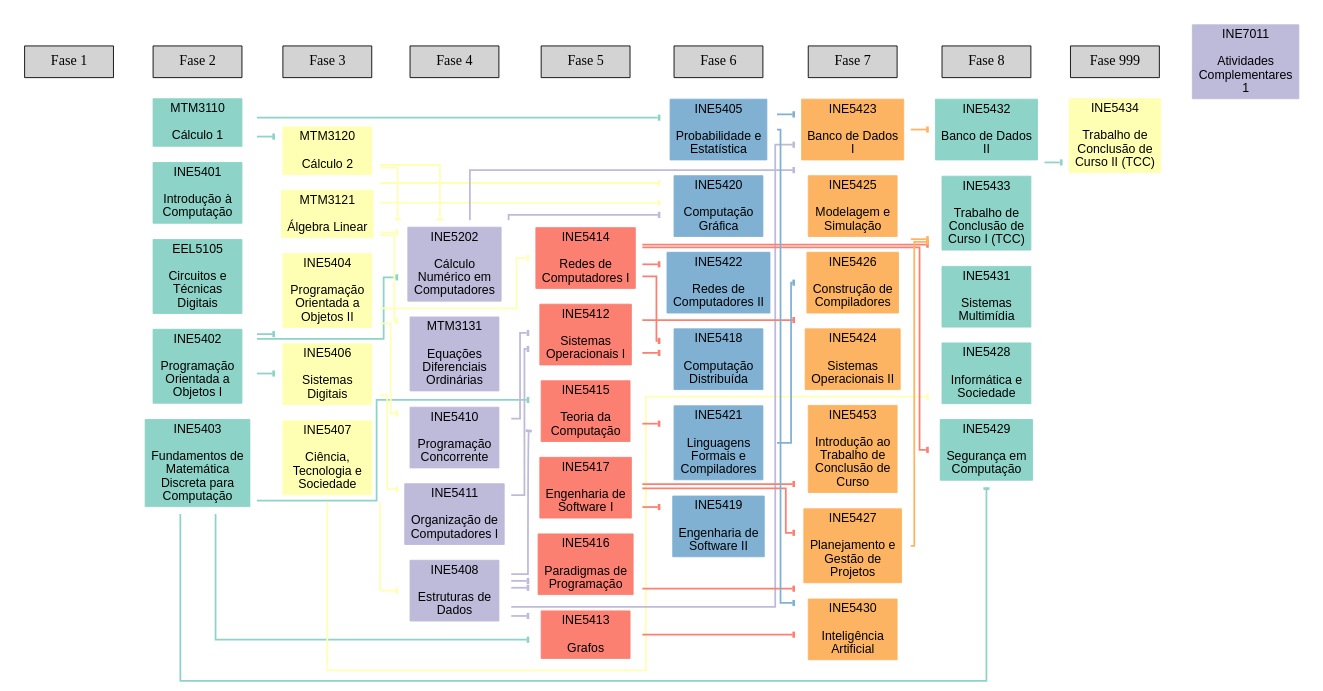
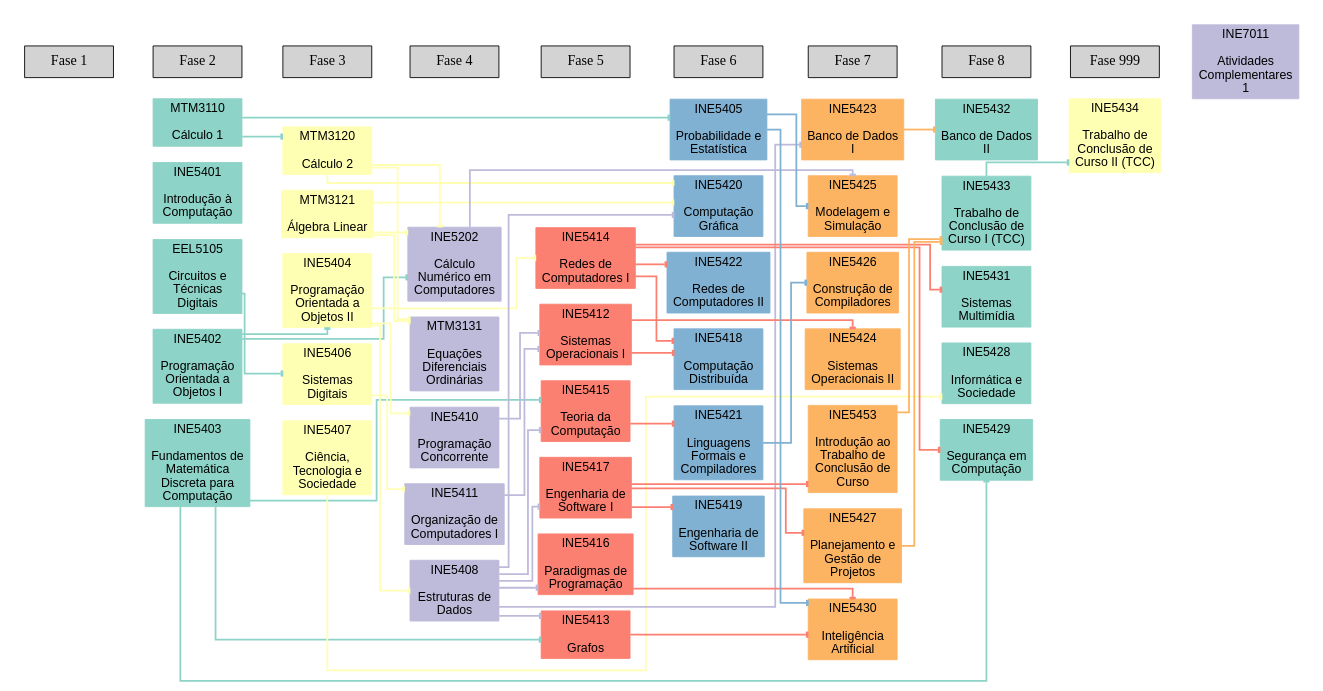
One commit to matheusnovx/curriculum_graph_generator changed the diagram in graph-gen/grafos_gerados/grafo_curriculo.dot. Above: the diagram before and after it, drawn with Graphviz. The commit also changed 2 other files, not shown here.

Commit message:
Refactor graph connection logic in GraphGenerator

```diff
--- a/graph-gen/grafos_gerados/grafo_curriculo.dot
+++ b/graph-gen/grafos_gerados/grafo_curriculo.dot
@@ -250,51 +250,51 @@
 	"Fase 7" -> INE5428 [lhead=cluster_7 style=invis weight=1000]
 	"Fase 8" -> INE5434 [lhead=cluster_8 style=invis weight=1000]
 	"Fase 999" -> INE7011 [lhead=cluster_999 style=invis weight=1000]
-	INE5402 -> INE5404 [color=1 lhead=cluster_2 ltail=cluster_1]
-	EEL5105 -> INE5406 [color=1 lhead=cluster_2 ltail=cluster_1]
-	MTM3110 -> MTM3120 [color=1 lhead=cluster_2 ltail=cluster_1]
-	INE5402 -> INE5202 [color=1 lhead=cluster_3 ltail=cluster_1]
-	MTM3120 -> INE5202 [color=2 lhead=cluster_3 ltail=cluster_2]
-	MTM3121 -> INE5202 [color=2 lhead=cluster_3 ltail=cluster_2]
-	INE5404 -> INE5408 [color=2 lhead=cluster_3 ltail=cluster_2]
-	INE5404 -> INE5410 [color=2 lhead=cluster_3 ltail=cluster_2]
-	INE5406 -> INE5411 [color=2 lhead=cluster_3 ltail=cluster_2]
-	MTM3120 -> MTM3131 [color=2 lhead=cluster_3 ltail=cluster_2]
-	MTM3121 -> MTM3131 [color=2 lhead=cluster_3 ltail=cluster_2]
-	INE5410 -> INE5412 [color=3 lhead=cluster_4 ltail=cluster_3]
-	INE5411 -> INE5412 [color=3 lhead=cluster_4 ltail=cluster_3]
-	INE5403 -> INE5413 [color=1 lhead=cluster_4 ltail=cluster_1]
-	INE5408 -> INE5413 [color=3 lhead=cluster_4 ltail=cluster_3]
-	INE5404 -> INE5414 [color=2 lhead=cluster_4 ltail=cluster_2]
-	INE5403 -> INE5415 [color=1 lhead=cluster_4 ltail=cluster_1]
-	INE5408 -> INE5415 [color=3 lhead=cluster_4 ltail=cluster_3]
-	INE5408 -> INE5416 [color=3 lhead=cluster_4 ltail=cluster_3]
-	INE5408 -> INE5417 [color=3 lhead=cluster_4 ltail=cluster_3]
-	MTM3110 -> INE5405 [color=1 lhead=cluster_5 ltail=cluster_1]
-	INE5412 -> INE5418 [color=4 lhead=cluster_5 ltail=cluster_4]
-	INE5414 -> INE5418 [color=4 lhead=cluster_5 ltail=cluster_4]
-	INE5417 -> INE5419 [color=4 lhead=cluster_5 ltail=cluster_4]
-	INE5408 -> INE5420 [color=3 lhead=cluster_5 ltail=cluster_3]
-	MTM3120 -> INE5420 [color=2 lhead=cluster_5 ltail=cluster_2]
-	MTM3121 -> INE5420 [color=2 lhead=cluster_5 ltail=cluster_2]
-	INE5415 -> INE5421 [color=4 lhead=cluster_5 ltail=cluster_4]
-	INE5414 -> INE5422 [color=4 lhead=cluster_5 ltail=cluster_4]
-	INE5408 -> INE5423 [color=3 lhead=cluster_6 ltail=cluster_3]
-	INE5412 -> INE5424 [color=4 lhead=cluster_6 ltail=cluster_4]
-	INE5202 -> INE5425 [color=3 lhead=cluster_6 ltail=cluster_3]
-	INE5405 -> INE5425 [color=5 lhead=cluster_6 ltail=cluster_5]
-	INE5421 -> INE5426 [color=5 lhead=cluster_6 ltail=cluster_5]
-	INE5417 -> INE5427 [color=4 lhead=cluster_6 ltail=cluster_4]
-	INE5405 -> INE5430 [color=5 lhead=cluster_6 ltail=cluster_5]
-	INE5413 -> INE5430 [color=4 lhead=cluster_6 ltail=cluster_4]
-	INE5416 -> INE5430 [color=4 lhead=cluster_6 ltail=cluster_4]
-	INE5417 -> INE5453 [color=4 lhead=cluster_6 ltail=cluster_4]
-	INE5407 -> INE5428 [color=2 lhead=cluster_7 ltail=cluster_2]
-	INE5403 -> INE5429 [color=1 lhead=cluster_7 ltail=cluster_1]
-	INE5414 -> INE5429 [color=4 lhead=cluster_7 ltail=cluster_4]
-	INE5414 -> INE5431 [color=4 lhead=cluster_7 ltail=cluster_4]
-	INE5423 -> INE5432 [color=6 lhead=cluster_7 ltail=cluster_6]
-	INE5427 -> INE5433 [color=6 lhead=cluster_7 ltail=cluster_6]
-	INE5453 -> INE5433 [color=6 lhead=cluster_7 ltail=cluster_6]
-	INE5433 -> INE5434 [color=1 lhead=cluster_8 ltail=cluster_7]
+	INE5402 -> INE5404 [color=1]
+	EEL5105 -> INE5406 [color=1]
+	MTM3110 -> MTM3120 [color=1]
+	INE5402 -> INE5202 [color=1]
+	MTM3120 -> INE5202 [color=2]
+	MTM3121 -> INE5202 [color=2]
+	INE5404 -> INE5408 [color=2]
+	INE5404 -> INE5410 [color=2]
+	INE5406 -> INE5411 [color=2]
+	MTM3120 -> MTM3131 [color=2]
+	MTM3121 -> MTM3131 [color=2]
+	INE5410 -> INE5412 [color=3]
+	INE5411 -> INE5412 [color=3]
+	INE5403 -> INE5413 [color=1]
+	INE5408 -> INE5413 [color=3]
+	INE5404 -> INE5414 [color=2]
+	INE5403 -> INE5415 [color=1]
+	INE5408 -> INE5415 [color=3]
+	INE5408 -> INE5416 [color=3]
+	INE5408 -> INE5417 [color=3]
+	MTM3110 -> INE5405 [color=1]
+	INE5412 -> INE5418 [color=4]
+	INE5414 -> INE5418 [color=4]
+	INE5417 -> INE5419 [color=4]
+	INE5408 -> INE5420 [color=3]
+	MTM3120 -> INE5420 [color=2]
+	MTM3121 -> INE5420 [color=2]
+	INE5415 -> INE5421 [color=4]
+	INE5414 -> INE5422 [color=4]
+	INE5408 -> INE5423 [color=3]
+	INE5412 -> INE5424 [color=4]
+	INE5202 -> INE5425 [color=3]
+	INE5405 -> INE5425 [color=5]
+	INE5421 -> INE5426 [color=5]
+	INE5417 -> INE5427 [color=4]
+	INE5405 -> INE5430 [color=5]
+	INE5413 -> INE5430 [color=4]
+	INE5416 -> INE5430 [color=4]
+	INE5417 -> INE5453 [color=4]
+	INE5407 -> INE5428 [color=2]
+	INE5403 -> INE5429 [color=1]
+	INE5414 -> INE5429 [color=4]
+	INE5414 -> INE5431 [color=4]
+	INE5423 -> INE5432 [color=6]
+	INE5427 -> INE5433 [color=6]
+	INE5453 -> INE5433 [color=6]
+	INE5433 -> INE5434 [color=1]
 }
```
